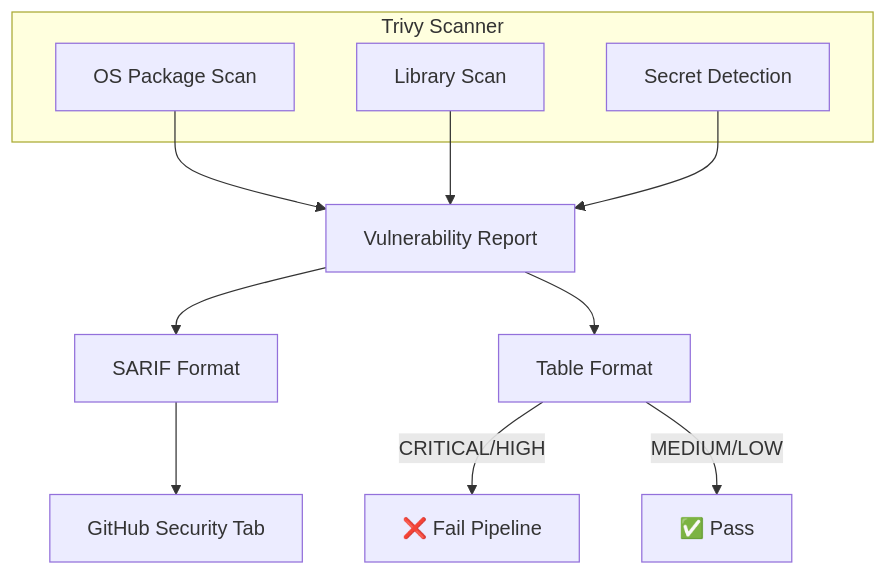
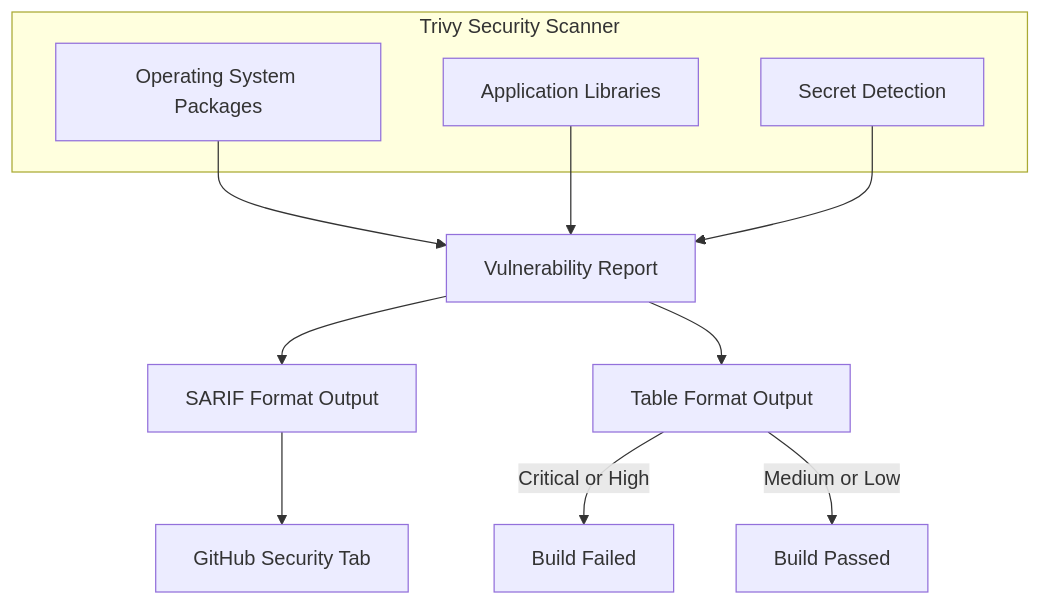
Before and after one commit to WSO2-G02/salon-booking-frontend-dev: the fifth of 8 diagrams in docs/CI_CD_PIPELINE.md, drawn with Mermaid. The commit also changed other lines of this file and 2 other files, not shown here.

````diff
--- a/docs/CI_CD_PIPELINE.md
+++ b/docs/CI_CD_PIPELINE.md
@@ -202,17 +194,17 @@
 ```mermaid
 flowchart TB
-    subgraph Trivy["Trivy Scanner"]
-        os_scan["OS Package Scan"]
-        lib_scan["Library Scan"]
+    subgraph TrivyScanner["Trivy Security Scanner"]
+        os_scan["Operating System Packages"]
+        lib_scan["Application Libraries"]
         secret_scan["Secret Detection"]
     end
     
     os_scan & lib_scan & secret_scan --> report["Vulnerability Report"]
     
-    report --> sarif["SARIF Format"]
-    report --> table["Table Format"]
+    report --> sarif["SARIF Format Output"]
+    report --> table["Table Format Output"]
     
-    sarif --> github["GitHub Security Tab"]
-    table --> |"CRITICAL/HIGH"| fail["❌ Fail Pipeline"]
-    table --> |"MEDIUM/LOW"| pass["✅ Pass"]
+    sarif --> github_security["GitHub Security Tab"]
+    table --> |"Critical or High"| build_failed["Build Failed"]
+    table --> |"Medium or Low"| build_passed["Build Passed"]
 ```
````
